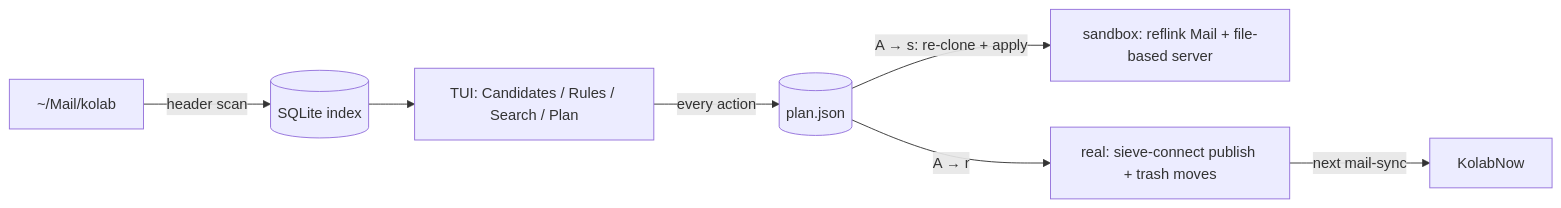
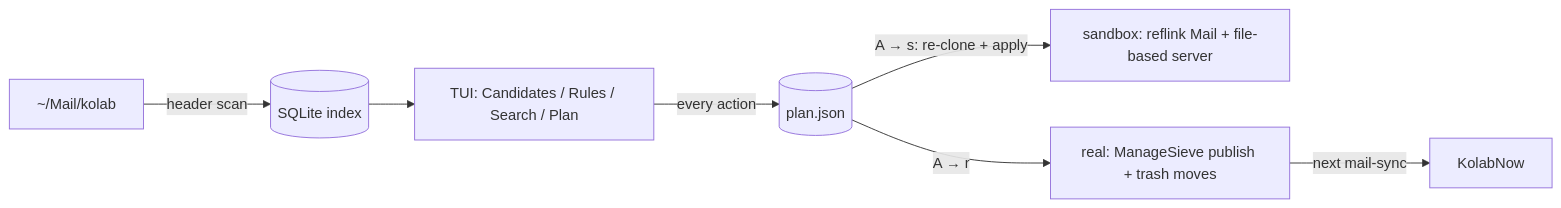
One commit to jfryman/sluice changed the diagram in lode/summary.md. Above: the diagram before and after it, drawn with Mermaid. The commit also changed other lines of this file and 38 other files, not shown here.

````diff
--- a/lode/summary.md
+++ b/lode/summary.md
@@ -16,9 +16,9 @@
 ```mermaid
 flowchart LR
   MD[~/Mail/kolab] -->|header scan| IDX[(SQLite index)]
   IDX --> TUI[TUI: Candidates / Rules / Search / Plan]
   TUI -->|every action| PL[(plan.json)]
   PL -->|A → s: re-clone + apply| SB[sandbox: reflink Mail + file-based server]
-  PL -->|A → r| RL[real: sieve-connect publish + trash moves]
+  PL -->|A → r| RL[real: ManageSieve publish + trash moves]
   RL -->|next mail-sync| KI[KolabNow]
 ```
````
